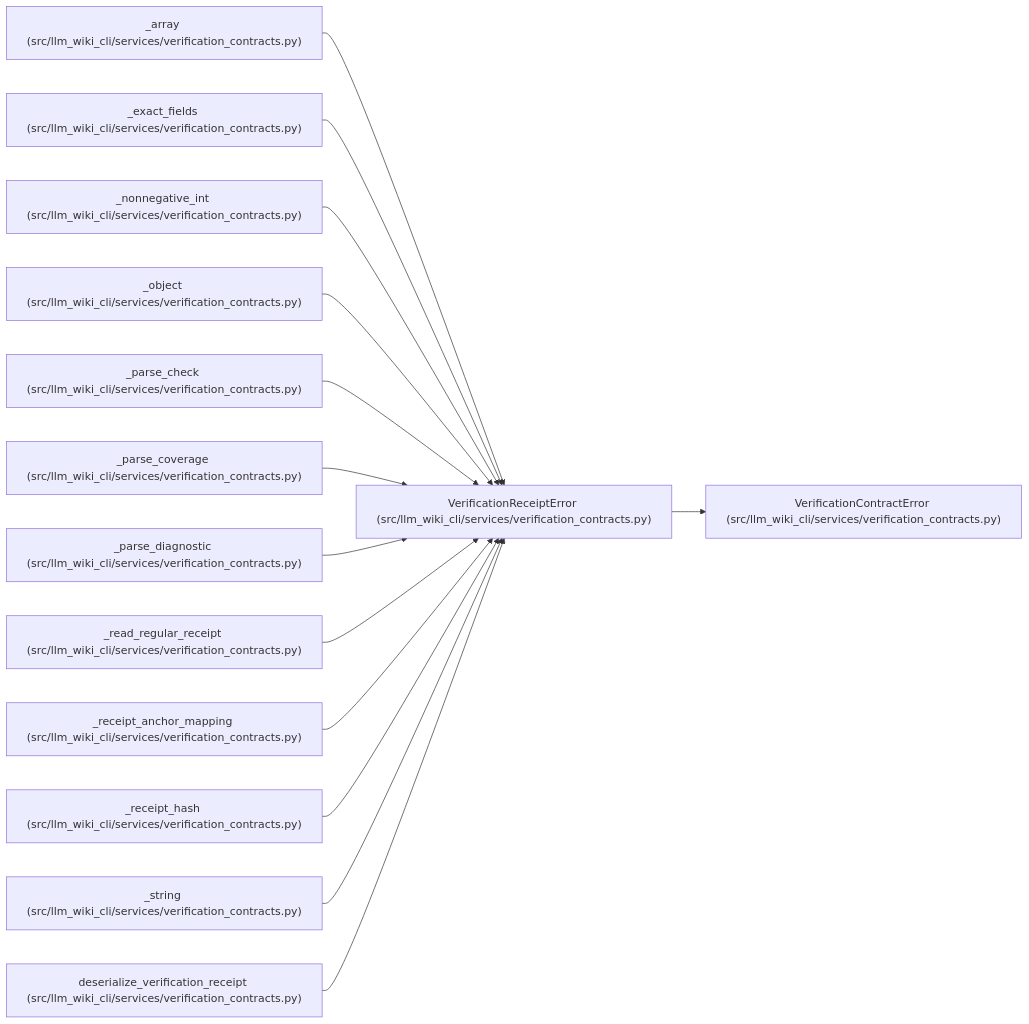
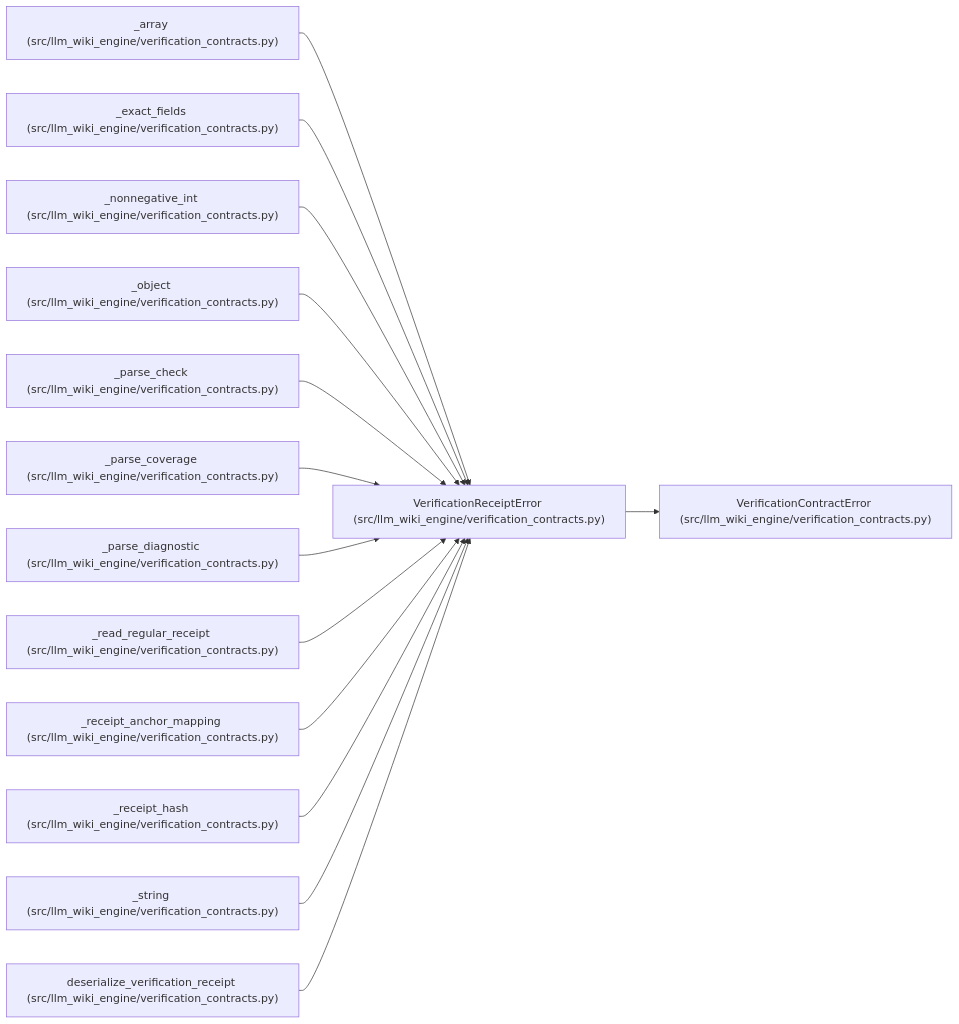
Before and after one commit to Denissvgn/python-wiki-llm: the diagram in docs/llm_wiki/entities/VerificationReceiptError.md, drawn with Mermaid. The commit also changed other lines of this file and 1058 other files, not shown here.

````diff
--- a/docs/llm_wiki/entities/VerificationReceiptError.md
+++ b/docs/llm_wiki/entities/VerificationReceiptError.md
@@ -25,44 +25,44 @@
 ```mermaid
 flowchart LR
-    n0["VerificationReceiptError (src/llm_wiki_cli/services/verification_contracts.py)"]
-    n1["VerificationContractError (src/llm_wiki_cli/services/verification_contracts.py)"]
-    n2["_array (src/llm_wiki_cli/services/verification_contracts.py)"]
-    n3["_exact_fields (src/llm_wiki_cli/services/verification_contracts.py)"]
-    n4["_nonnegative_int (src/llm_wiki_cli/services/verification_contracts.py)"]
-    n5["_object (src/llm_wiki_cli/services/verification_contracts.py)"]
-    n6["_parse_check (src/llm_wiki_cli/services/verification_contracts.py)"]
-    n7["_parse_coverage (src/llm_wiki_cli/services/verification_contracts.py)"]
-    n8["_parse_diagnostic (src/llm_wiki_cli/services/verification_contracts.py)"]
-    n9["_read_regular_receipt (src/llm_wiki_cli/services/verification_contracts.py)"]
-    n10["_receipt_anchor_mapping (src/llm_wiki_cli/services/verification_contracts.py)"]
-    n11["_receipt_hash (src/llm_wiki_cli/services/verification_contracts.py)"]
-    n12["_string (src/llm_wiki_cli/services/verification_contracts.py)"]
-    n13["deserialize_verification_receipt (src/llm_wiki_cli/services/verification_contracts.py)"]
+    n0["VerificationReceiptError (src/llm_wiki_engine/verification_contracts.py)"]
+    n1["VerificationContractError (src/llm_wiki_engine/verification_contracts.py)"]
+    n2["_array (src/llm_wiki_engine/verification_contracts.py)"]
+    n3["_exact_fields (src/llm_wiki_engine/verification_contracts.py)"]
+    n4["_nonnegative_int (src/llm_wiki_engine/verification_contracts.py)"]
+    n5["_object (src/llm_wiki_engine/verification_contracts.py)"]
+    n6["_parse_check (src/llm_wiki_engine/verification_contracts.py)"]
+    n7["_parse_coverage (src/llm_wiki_engine/verification_contracts.py)"]
+    n8["_parse_diagnostic (src/llm_wiki_engine/verification_contracts.py)"]
+    n9["_read_regular_receipt (src/llm_wiki_engine/verification_contracts.py)"]
+    n10["_receipt_anchor_mapping (src/llm_wiki_engine/verification_contracts.py)"]
+    n11["_receipt_hash (src/llm_wiki_engine/verification_contracts.py)"]
+    n12["_string (src/llm_wiki_engine/verification_contracts.py)"]
+    n13["deserialize_verification_receipt (src/llm_wiki_engine/verification_contracts.py)"]
     n0 --> n1
     n2 --> n0
     n3 --> n0
     n4 --> n0
     n5 --> n0
     n6 --> n0
     n7 --> n0
     n8 --> n0
     n9 --> n0
     n10 --> n0
     n11 --> n0
     n12 --> n0
     n13 --> n0
     click n0 "../modules/verification_contracts.md"
     click n1 "../modules/verification_contracts.md"
     click n2 "../modules/verification_contracts.md"
     click n3 "../modules/verification_contracts.md"
     click n4 "../modules/verification_contracts.md"
     click n5 "../modules/verification_contracts.md"
     click n6 "../modules/verification_contracts.md"
     click n7 "../modules/verification_contracts.md"
     click n8 "../modules/verification_contracts.md"
     click n9 "../modules/verification_contracts.md"
     click n10 "../modules/verification_contracts.md"
     click n11 "../modules/verification_contracts.md"
     click n12 "../modules/verification_contracts.md"
     click n13 "../modules/verification_contracts.md"
 ```
````
